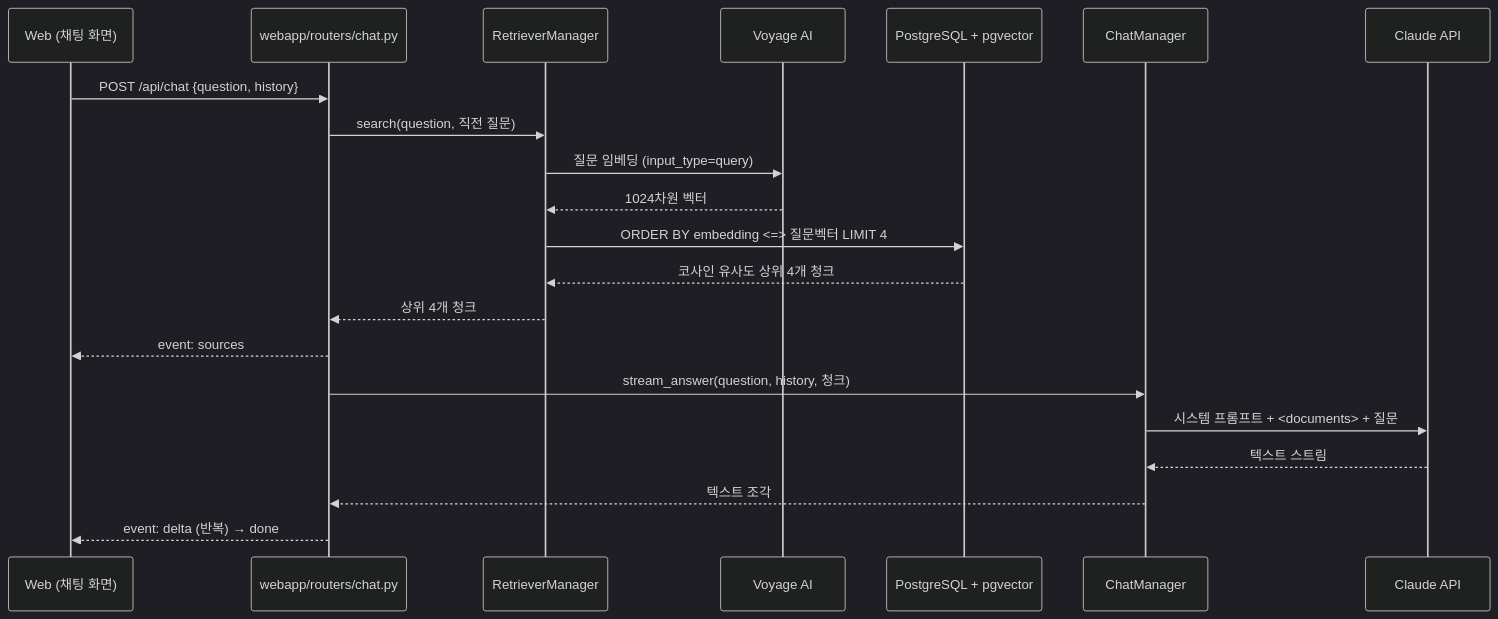
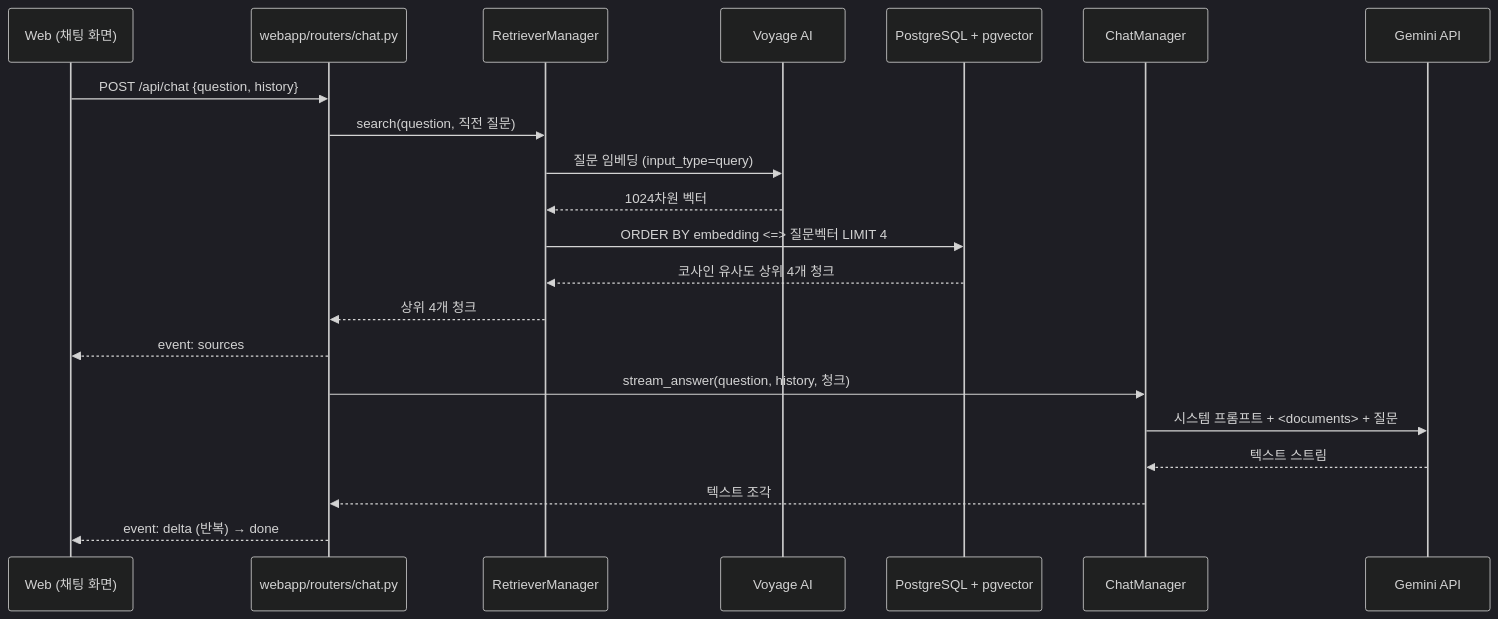
The diagram in docs/architecture.md (hseungjae/RAG-based-Portfolio), drawn with Mermaid (dark theme) before and after one commit. The commit also changed 8 other files, not shown here.

````diff
--- a/docs/architecture.md
+++ b/docs/architecture.md
@@ -5,24 +5,24 @@
 ```mermaid
 sequenceDiagram
     participant Web as Web (채팅 화면)
     participant Router as webapp/routers/chat.py
     participant Retriever as RetrieverManager
     participant Voyage as Voyage AI
     participant DB as PostgreSQL + pgvector
     participant Chat as ChatManager
-    participant Claude as Claude API
+    participant Gemini as Gemini API
 
     Web->>Router: POST /api/chat {question, history}
     Router->>Retriever: search(question, 직전 질문)
     Retriever->>Voyage: 질문 임베딩 (input_type=query)
     Voyage-->>Retriever: 1024차원 벡터
     Retriever->>DB: ORDER BY embedding <=> 질문벡터 LIMIT 4
     DB-->>Retriever: 코사인 유사도 상위 4개 청크
     Retriever-->>Router: 상위 4개 청크
     Router-->>Web: event: sources
     Router->>Chat: stream_answer(question, history, 청크)
-    Chat->>Claude: 시스템 프롬프트 + <documents> + 질문
-    Claude-->>Chat: 텍스트 스트림
+    Chat->>Gemini: 시스템 프롬프트 + <documents> + 질문
+    Gemini-->>Chat: 텍스트 스트림
     Chat-->>Router: 텍스트 조각
     Router-->>Web: event: delta (반복) → done
 ```
````
